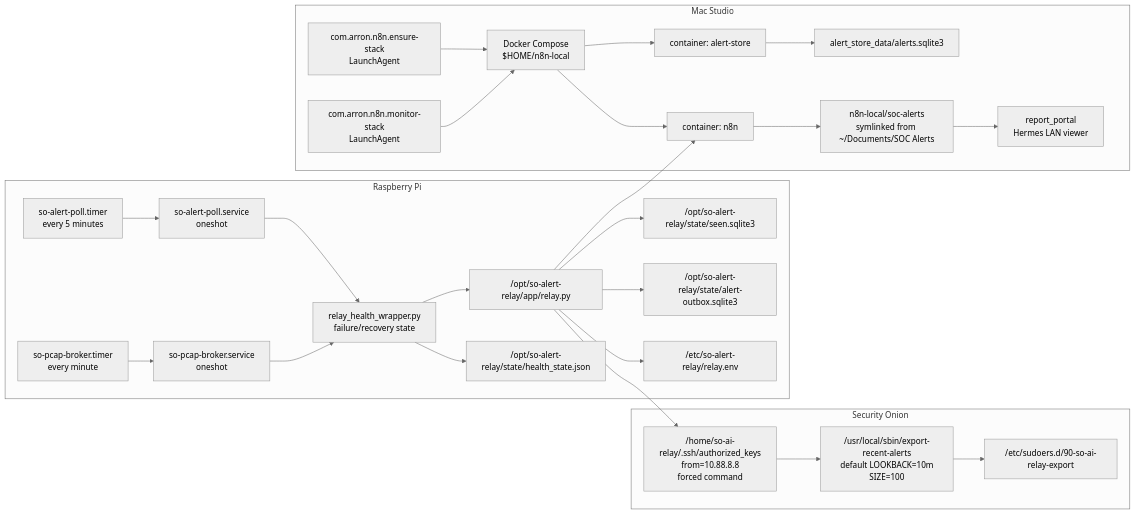
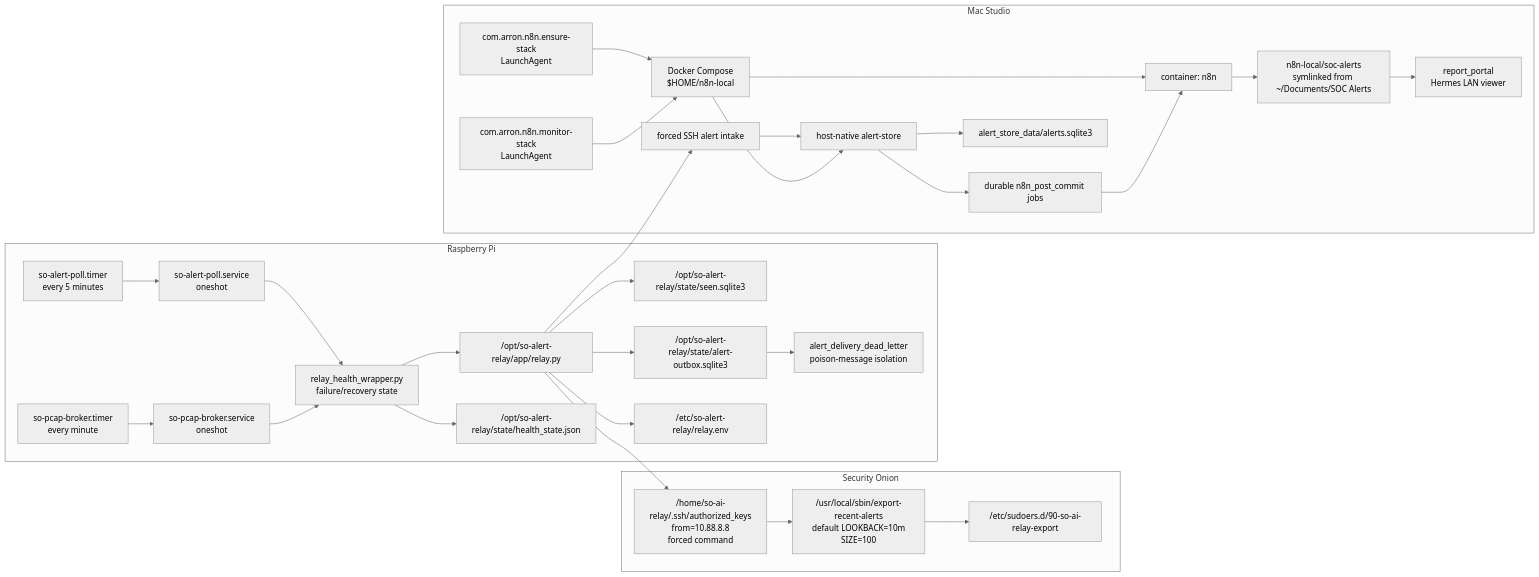
The third of 5 diagrams in docs/security-onion-relay-architecture.md (ArronJablonowski/OnionSentinel), drawn with Mermaid (neutral theme) before and after one commit. The commit also changed other lines of this file and 136 other files, not shown here.

````diff
--- a/docs/security-onion-relay-architecture.md
+++ b/docs/security-onion-relay-architecture.md
@@ -75,50 +77,56 @@
 ```mermaid
 flowchart LR
   subgraph "Security Onion"
     WRAP["/usr/local/sbin/export-recent-alerts<br/>default LOOKBACK=10m<br/>SIZE=100"]
     AK["/home/so-ai-relay/.ssh/authorized_keys<br/>from=10.88.8.8<br/>forced command"]
     SUDO["/etc/sudoers.d/90-so-ai-relay-export"]
   end
 
   subgraph "Raspberry Pi"
     ATIMER["so-alert-poll.timer<br/>every 5 minutes"]
     ASERVICE["so-alert-poll.service<br/>oneshot"]
     PTIMER["so-pcap-broker.timer<br/>every minute"]
     PSERVICE["so-pcap-broker.service<br/>oneshot"]
     HEALTH["relay_health_wrapper.py<br/>failure/recovery state"]
     APP["/opt/so-alert-relay/app/relay.py"]
     STATE["/opt/so-alert-relay/state/seen.sqlite3"]
     OUTBOX["/opt/so-alert-relay/state/alert-outbox.sqlite3"]
+    DEAD["alert_delivery_dead_letter<br/>poison-message isolation"]
     HSTATE["/opt/so-alert-relay/state/health_state.json"]
     ENV["/etc/so-alert-relay/relay.env"]
   end
 
   subgraph "Mac Studio"
     ENSURE["com.arron.n8n.ensure-stack<br/>LaunchAgent"]
     MONITOR["com.arron.n8n.monitor-stack<br/>LaunchAgent"]
     DOCKER["Docker Compose<br/>$HOME/n8n-local"]
     N8NC["container: n8n"]
-    STOREC["container: alert-store"]
+    INTAKE["forced SSH alert intake"]
+    STOREC["host-native alert-store"]
+    POSTCOMMIT["durable n8n_post_commit jobs"]
     DB["alert_store_data/alerts.sqlite3"]
     REPORTS["n8n-local/soc-alerts<br/>symlinked from ~/Documents/SOC Alerts"]
     PORTAL["report_portal<br/>Hermes LAN viewer"]
   end
 
   ATIMER --> ASERVICE --> HEALTH --> APP
   PTIMER --> PSERVICE --> HEALTH
   HEALTH --> HSTATE
   APP --> STATE
   APP --> OUTBOX
+  OUTBOX --> DEAD
   APP --> ENV
   APP --> AK
   AK --> WRAP
   WRAP --> SUDO
-  APP --> N8NC
+  APP --> INTAKE
+  INTAKE --> STOREC
   ENSURE --> DOCKER
   MONITOR --> DOCKER
   DOCKER --> N8NC
   DOCKER --> STOREC
   STOREC --> DB
+  STOREC --> POSTCOMMIT --> N8NC
   N8NC --> REPORTS
   REPORTS --> PORTAL
 ```
````
